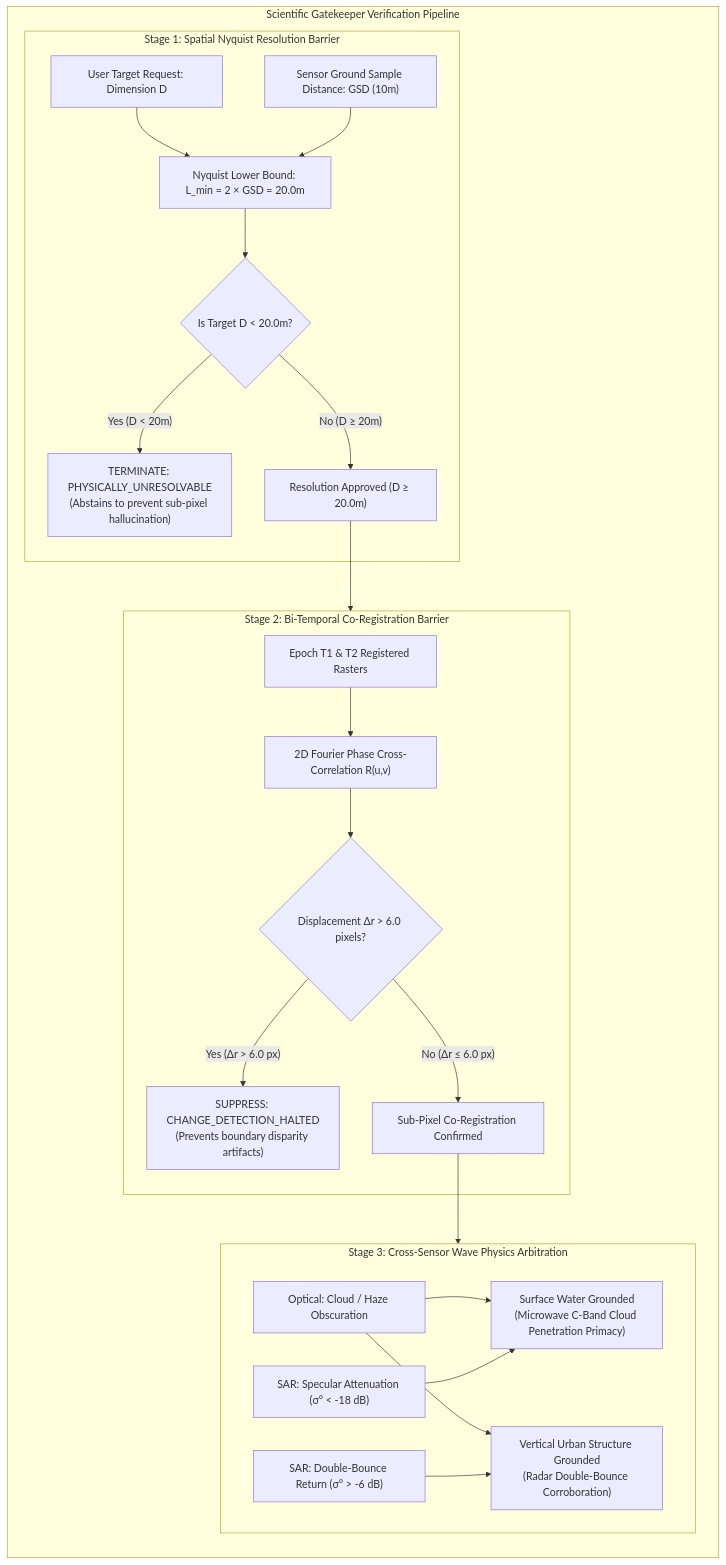
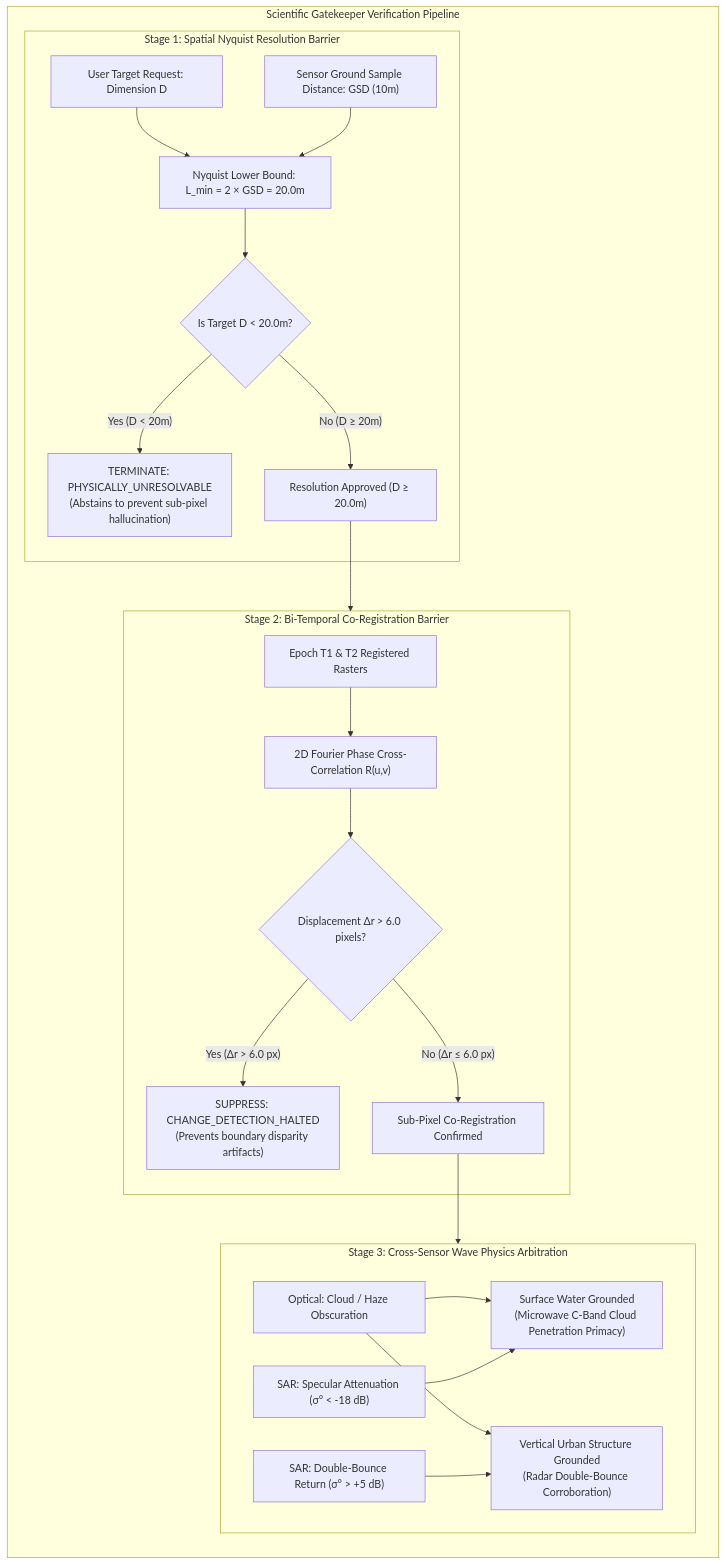
The diagram in SCIENTIFIC_METHODS.md (Gowrav-M/satquery-ai-sih-2026-evidence), drawn with Mermaid before and after one commit. The commit also changed other lines of this file and 36 other files, not shown here.

````diff
--- a/SCIENTIFIC_METHODS.md
+++ b/SCIENTIFIC_METHODS.md
@@ -82,46 +80,46 @@
 ```mermaid
 flowchart TD
     subgraph Gatekeeper ["Scientific Gatekeeper Verification Pipeline"]
         direction TB
         
         subgraph Stage1 ["Stage 1: Spatial Nyquist Resolution Barrier"]
             Q_Target["User Target Request: Dimension D"]
             Sensor_GSD["Sensor Ground Sample Distance: GSD (10m)"]
             NyquistCalc["Nyquist Lower Bound: L_min = 2 × GSD = 20.0m"]
             CheckNyquist{"Is Target D < 20.0m?"}
             AbstainNyquist["TERMINATE: PHYSICALLY_UNRESOLVABLE<br/>(Abstains to prevent sub-pixel hallucination)"]
             PassNyquist["Resolution Approved (D ≥ 20.0m)"]
             
             Q_Target & Sensor_GSD --> NyquistCalc --> CheckNyquist
             CheckNyquist -- "Yes (D < 20m)" --> AbstainNyquist
             CheckNyquist -- "No (D ≥ 20m)" --> PassNyquist
         end
 
         subgraph Stage2 ["Stage 2: Bi-Temporal Co-Registration Barrier"]
             RastersT1T2["Epoch T1 & T2 Registered Rasters"]
             Fourier2D["2D Fourier Phase Cross-Correlation R(u,v)"]
             CheckShift{"Displacement Δr > 6.0 pixels?"}
             AbstainCoReg["SUPPRESS: CHANGE_DETECTION_HALTED<br/>(Prevents boundary disparity artifacts)"]
             PassCoReg["Sub-Pixel Co-Registration Confirmed"]
 
             RastersT1T2 --> Fourier2D --> CheckShift
             CheckShift -- "Yes (Δr > 6.0 px)" --> AbstainCoReg
             CheckShift -- "No (Δr ≤ 6.0 px)" --> PassCoReg
         end
 
         subgraph Stage3 ["Stage 3: Cross-Sensor Wave Physics Arbitration"]
             OptCloud["Optical: Cloud / Haze Obscuration"]
             SARSpec["SAR: Specular Attenuation (σ° < -18 dB)"]
-            SARDouble["SAR: Double-Bounce Return (σ° > -6 dB)"]
+            SARDouble["SAR: Double-Bounce Return (σ° > +5 dB)"]
             
             ArbWater["Surface Water Grounded<br/>(Microwave C-Band Cloud Penetration Primacy)"]
             ArbUrban["Vertical Urban Structure Grounded<br/>(Radar Double-Bounce Corroboration)"]
 
             OptCloud & SARSpec --> ArbWater
             OptCloud & SARDouble --> ArbUrban
         end
 
         PassNyquist --> Stage2
         PassCoReg --> Stage3
     end
 ```
````
